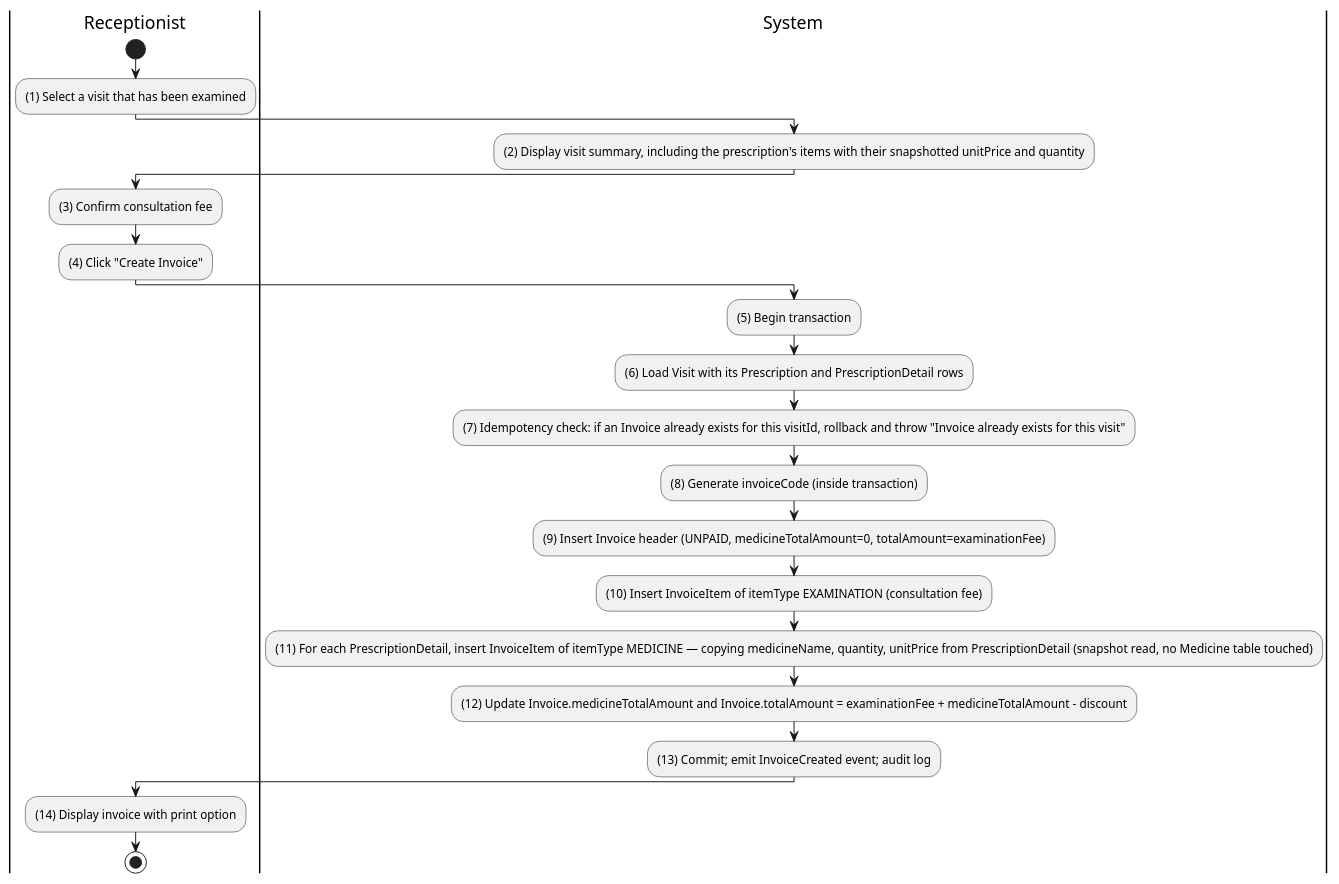
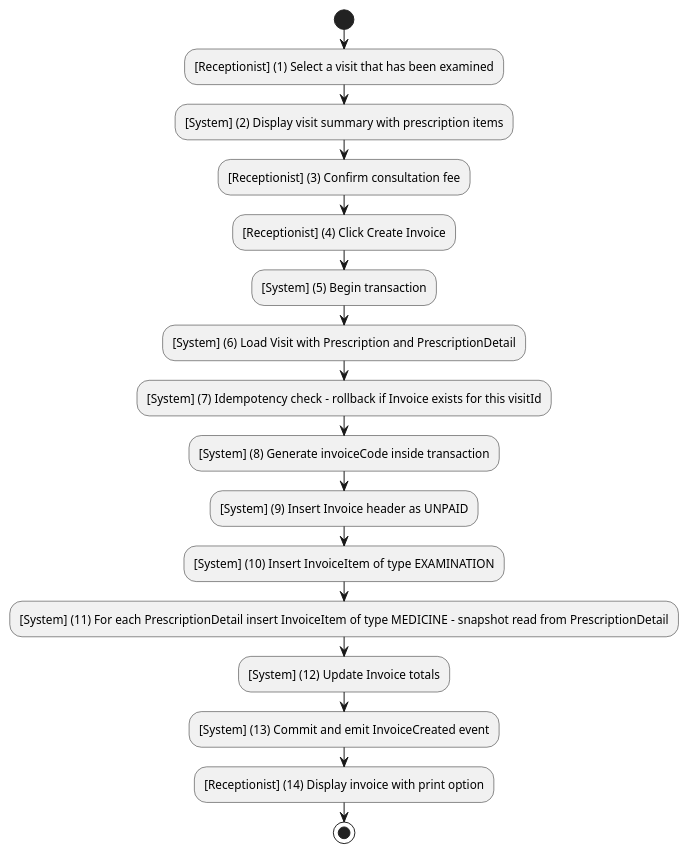
Diagram 18 of 27 in Docs/SRS.md (MinhThienNguyen040905/SE356---He-thong-phong-kham), drawn with PlantUML before and after one commit.

Commit message:
Refactor invoice creation sequence diagram for improved clarity and consistency

````diff
--- a/Docs/SRS.md
+++ b/Docs/SRS.md
@@ -1029,25 +1029,20 @@
 ```plantuml
 @startuml
-|Receptionist|
 start
-:(1) Select a visit that has been examined;
-|System|
-:(2) Display visit summary, including the prescription's items with their snapshotted unitPrice and quantity;
-|Receptionist|
-:(3) Confirm consultation fee;
-:(4) Click "Create Invoice";
-|System|
-:(5) Begin transaction;
-:(6) Load Visit with its Prescription and PrescriptionDetail rows;
-:(7) Idempotency check: if an Invoice already exists for this visitId, rollback and throw "Invoice already exists for this visit";
-:(8) Generate invoiceCode (inside transaction);
-:(9) Insert Invoice header (UNPAID, medicineTotalAmount=0, totalAmount=examinationFee);
-:(10) Insert InvoiceItem of itemType EXAMINATION (consultation fee);
-:(11) For each PrescriptionDetail, insert InvoiceItem of itemType MEDICINE — copying medicineName, quantity, unitPrice from PrescriptionDetail (snapshot read, no Medicine table touched);
-:(12) Update Invoice.medicineTotalAmount and Invoice.totalAmount = examinationFee + medicineTotalAmount - discount;
-:(13) Commit; emit InvoiceCreated event; audit log;
-|Receptionist|
-:(14) Display invoice with print option;
+:[Receptionist] (1) Select a visit that has been examined;
+:[System] (2) Display visit summary with prescription items;
+:[Receptionist] (3) Confirm consultation fee;
+:[Receptionist] (4) Click Create Invoice;
+:[System] (5) Begin transaction;
+:[System] (6) Load Visit with Prescription and PrescriptionDetail;
+:[System] (7) Idempotency check - rollback if Invoice exists for this visitId;
+:[System] (8) Generate invoiceCode inside transaction;
+:[System] (9) Insert Invoice header as UNPAID;
+:[System] (10) Insert InvoiceItem of type EXAMINATION;
+:[System] (11) For each PrescriptionDetail insert InvoiceItem of type MEDICINE - snapshot read from PrescriptionDetail;
+:[System] (12) Update Invoice totals;
+:[System] (13) Commit and emit InvoiceCreated event;
+:[Receptionist] (14) Display invoice with print option;
 stop
 @enduml
 ```
````
